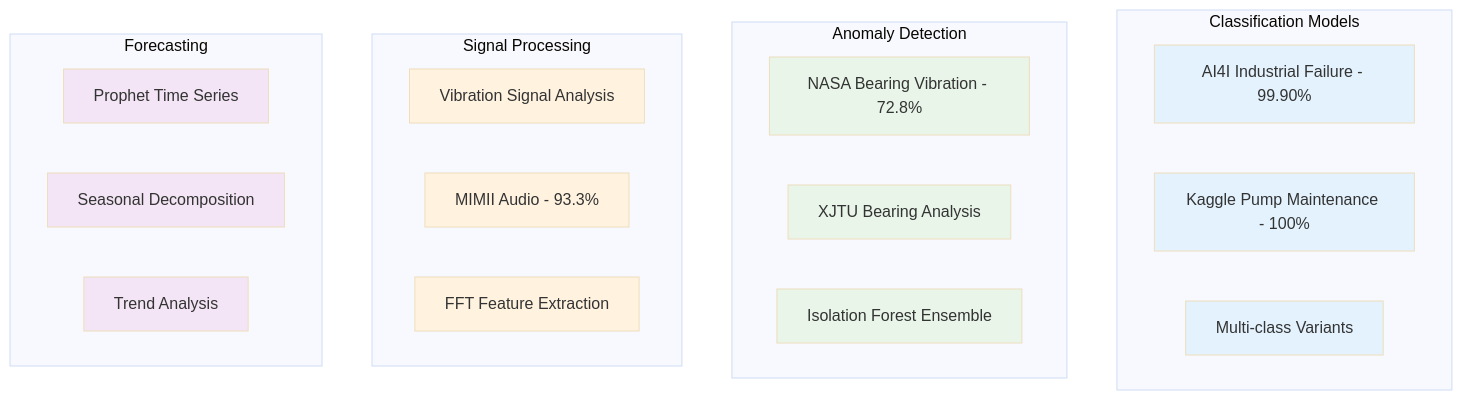
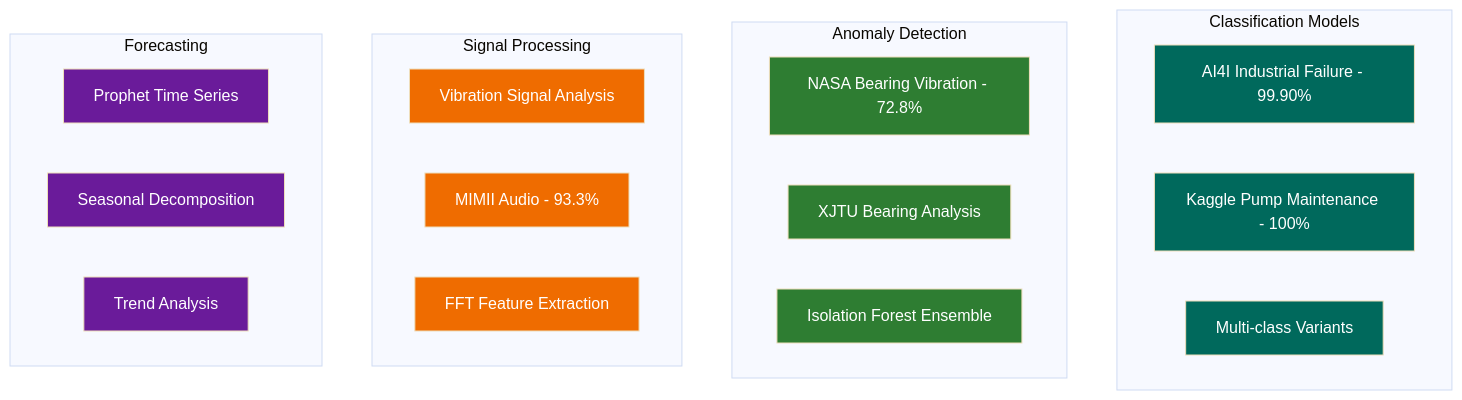
One commit to YanCotta/enterprise_challenge_sprint_1_hermes_reply changed the seventh of 10 diagrams in smart-maintenance-saas/docs/COMPREHENSIVE_DOCUMENTATION.md. Above: the diagram before and after it, drawn with Mermaid (base theme). The commit also changed other lines of this file, not shown here.

````diff
--- a/smart-maintenance-saas/docs/COMPREHENSIVE_DOCUMENTATION.md
+++ b/smart-maintenance-saas/docs/COMPREHENSIVE_DOCUMENTATION.md
@@ -394,36 +398,36 @@
 ```mermaid
 graph TD
     subgraph "Classification Models"
         AI4I[AI4I Industrial Failure - 99.90%]
         PUMP[Kaggle Pump Maintenance - 100%]
         MULTI[Multi-class Variants]
     end
 
     subgraph "Anomaly Detection"
         NASA[NASA Bearing Vibration - 72.8%]
         XJTU[XJTU Bearing Analysis]
         ISOLATION[Isolation Forest Ensemble]
     end
 
     subgraph "Signal Processing"
         VIBRATION[Vibration Signal Analysis]
         AUDIO[MIMII Audio - 93.3%]
         FFT[FFT Feature Extraction]
     end
 
     subgraph "Forecasting"
         PROPHET[Prophet Time Series]
         SEASONAL[Seasonal Decomposition]
         TREND[Trend Analysis]
     end
 
-    classDef classification fill:#e3f2fd
-    classDef anomaly fill:#e8f5e8
-    classDef signal fill:#fff3e0
-    classDef forecast fill:#f3e5f5
+    classDef classification fill:#00695C,color:#ffffff
+    classDef anomaly fill:#2E7D32,color:#ffffff
+    classDef signal fill:#EF6C00,color:#ffffff
+    classDef forecast fill:#6A1B9A,color:#ffffff
 
     class AI4I,PUMP,MULTI classification
     class NASA,XJTU,ISOLATION anomaly
     class VIBRATION,AUDIO,FFT signal
     class PROPHET,SEASONAL,TREND forecast
 ```
````
